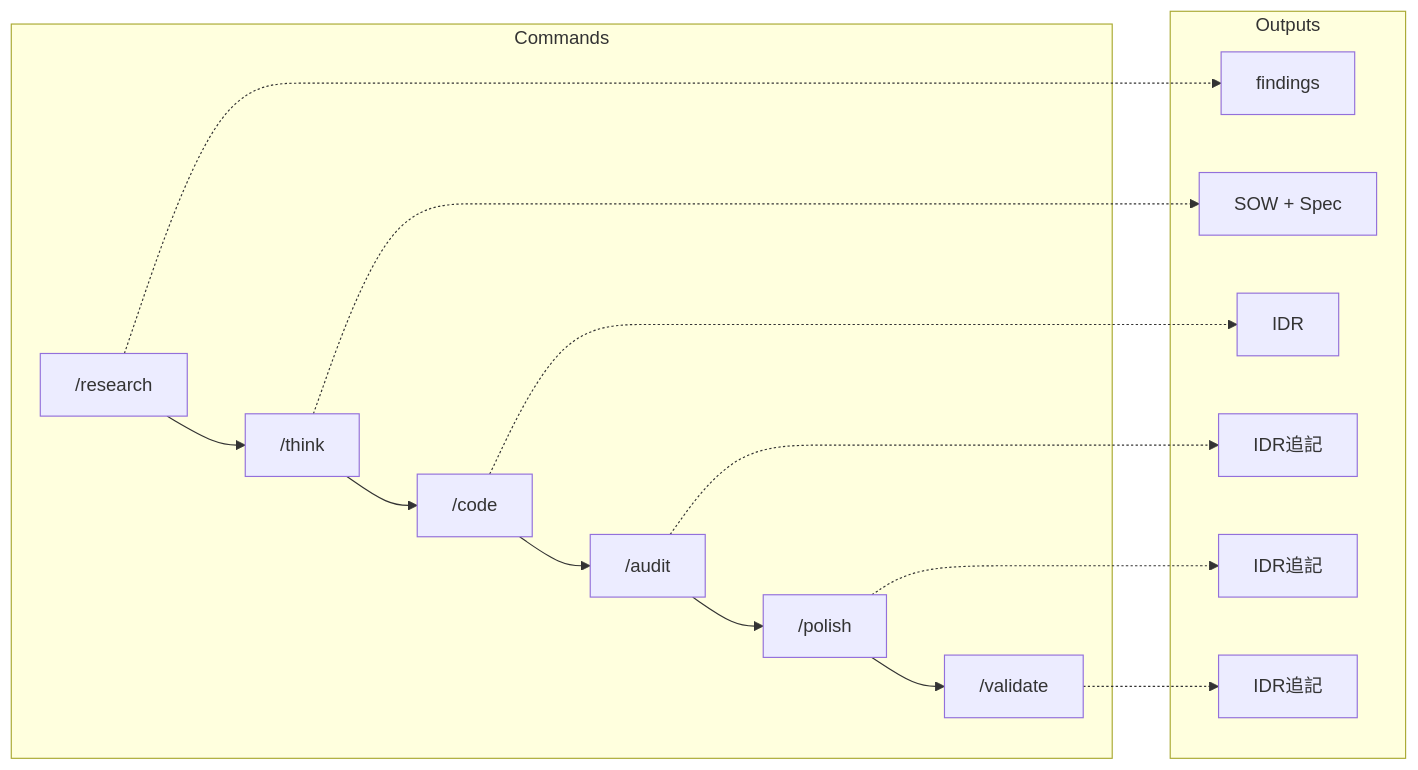
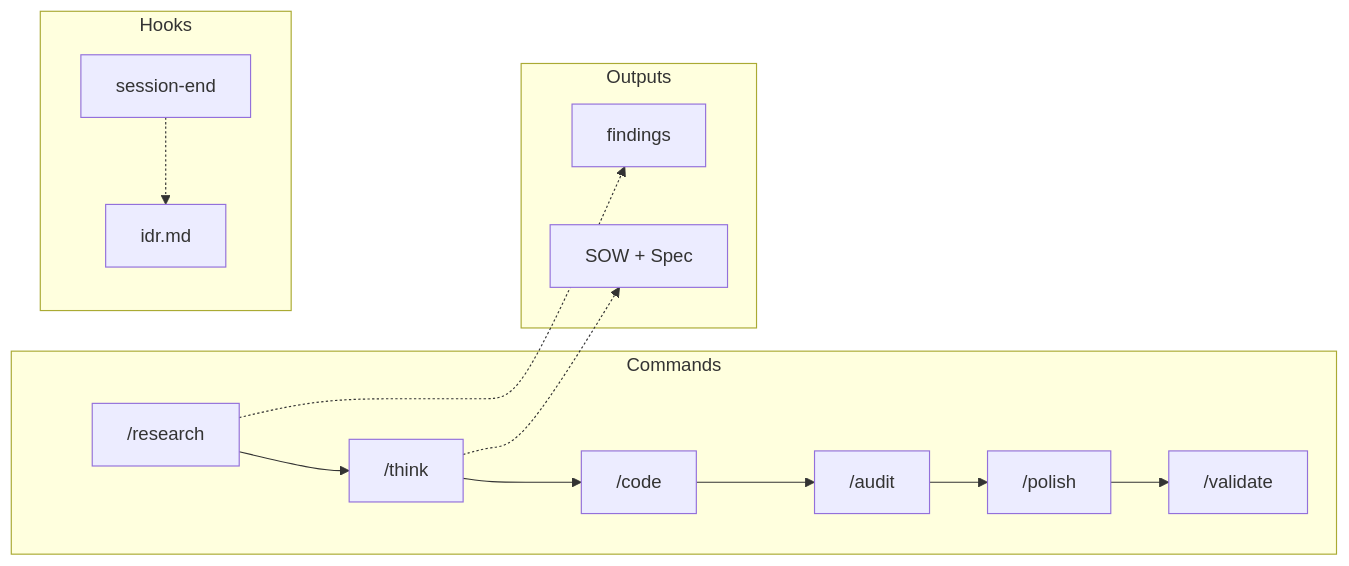
The diagram in .ja/templates/README.md (thkt/dotclaude), drawn with Mermaid before and after one commit. The commit also changed other lines of this file and 21 other files, not shown here.

````diff
--- a/.ja/templates/README.md
+++ b/.ja/templates/README.md
@@ -7,14 +7,13 @@
 ```mermaid
 flowchart LR
     subgraph Commands
         R["/research"] --> T["/think"] --> C["/code"] --> A["/audit"] --> P["/polish"] --> V["/validate"]
     end
     subgraph Outputs
         R -.-> F[findings]
         T -.-> S["SOW + Spec"]
-        C -.-> I1[IDR]
-        A -.-> I2["IDR追記"]
-        P -.-> I3["IDR追記"]
-        V -.-> I4["IDR追記"]
+    end
+    subgraph Hooks
+        SE[session-end] -.-> IDR[idr.md]
     end
 ```
````
